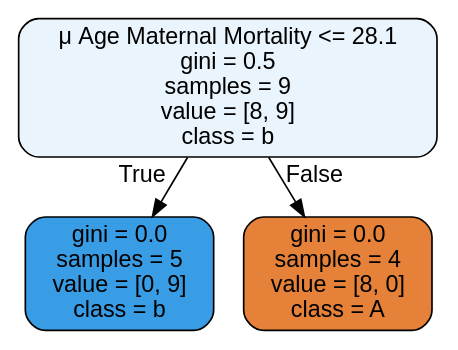
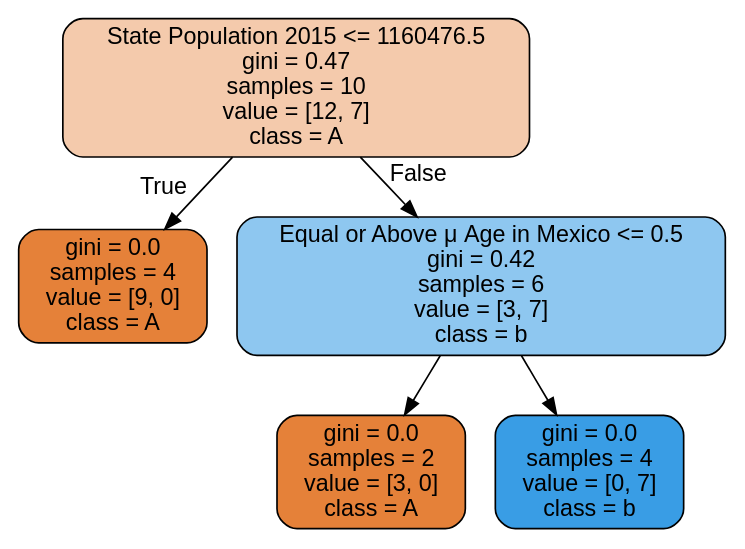
Before and after one commit to EmSchoof/AdolescentMaternalMortality: the diagram in updated_jupyter_files_2021/tree.dot, drawn with Graphviz. The commit also changed 8 other files, not shown here.

```diff
--- a/updated_jupyter_files_2021/tree.dot
+++ b/updated_jupyter_files_2021/tree.dot
@@ -1,9 +1,13 @@
 digraph Tree {
 node [shape=box, style="filled, rounded", color="black", fontname=helvetica] ;
 edge [fontname=helvetica] ;
-0 [label="μ Age Maternal Mortality <= 28.1\ngini = 0.5\nsamples = 9\nvalue = [8, 9]\nclass = b", fillcolor="#e9f4fc"] ;
-1 [label="gini = 0.0\nsamples = 5\nvalue = [0, 9]\nclass = b", fillcolor="#399de5"] ;
+0 [label="State Population 2015 <= 1160476.5\ngini = 0.47\nsamples = 10\nvalue = [12, 7]\nclass = A", fillcolor="#f4caac"] ;
+1 [label="gini = 0.0\nsamples = 4\nvalue = [9, 0]\nclass = A", fillcolor="#e58139"] ;
 0 -> 1 [labeldistance=2.5, labelangle=45, headlabel="True"] ;
-2 [label="gini = 0.0\nsamples = 4\nvalue = [8, 0]\nclass = A", fillcolor="#e58139"] ;
+2 [label="Equal or Above μ Age in Mexico <= 0.5\ngini = 0.42\nsamples = 6\nvalue = [3, 7]\nclass = b", fillcolor="#8ec7f0"] ;
 0 -> 2 [labeldistance=2.5, labelangle=-45, headlabel="False"] ;
+3 [label="gini = 0.0\nsamples = 2\nvalue = [3, 0]\nclass = A", fillcolor="#e58139"] ;
+2 -> 3 ;
+4 [label="gini = 0.0\nsamples = 4\nvalue = [0, 7]\nclass = b", fillcolor="#399de5"] ;
+2 -> 4 ;
 }
```
